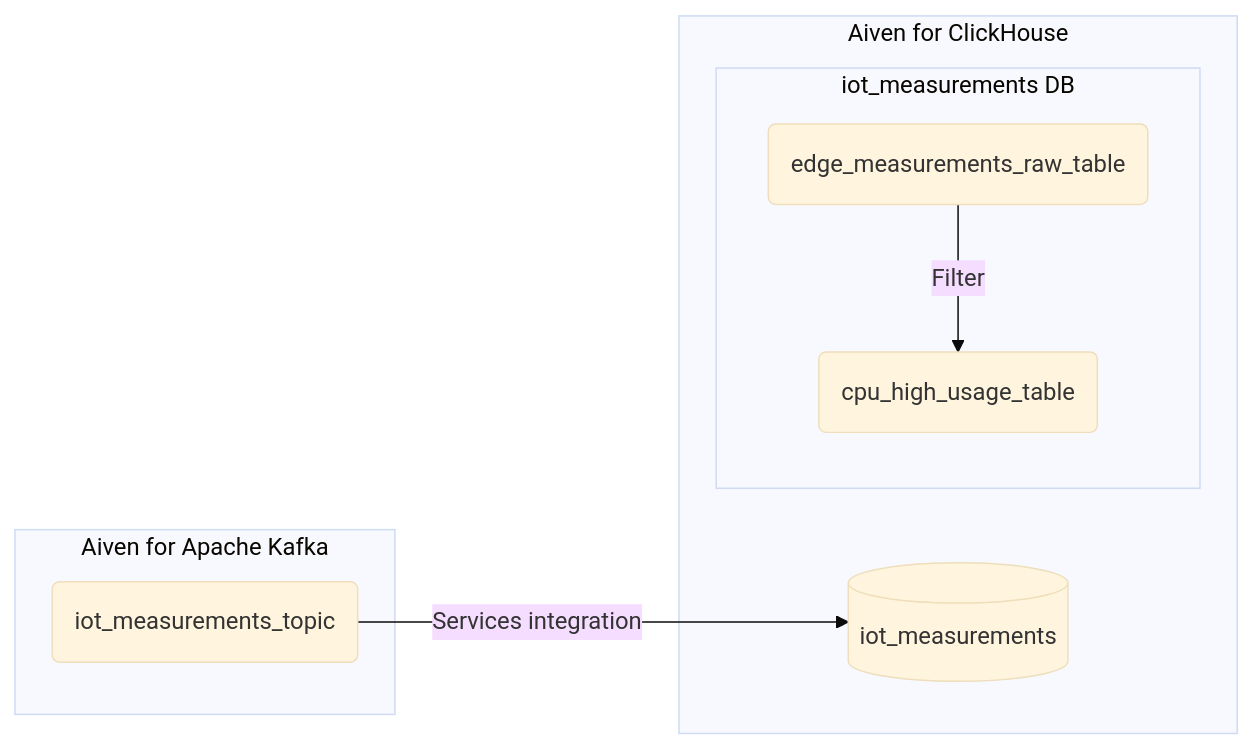
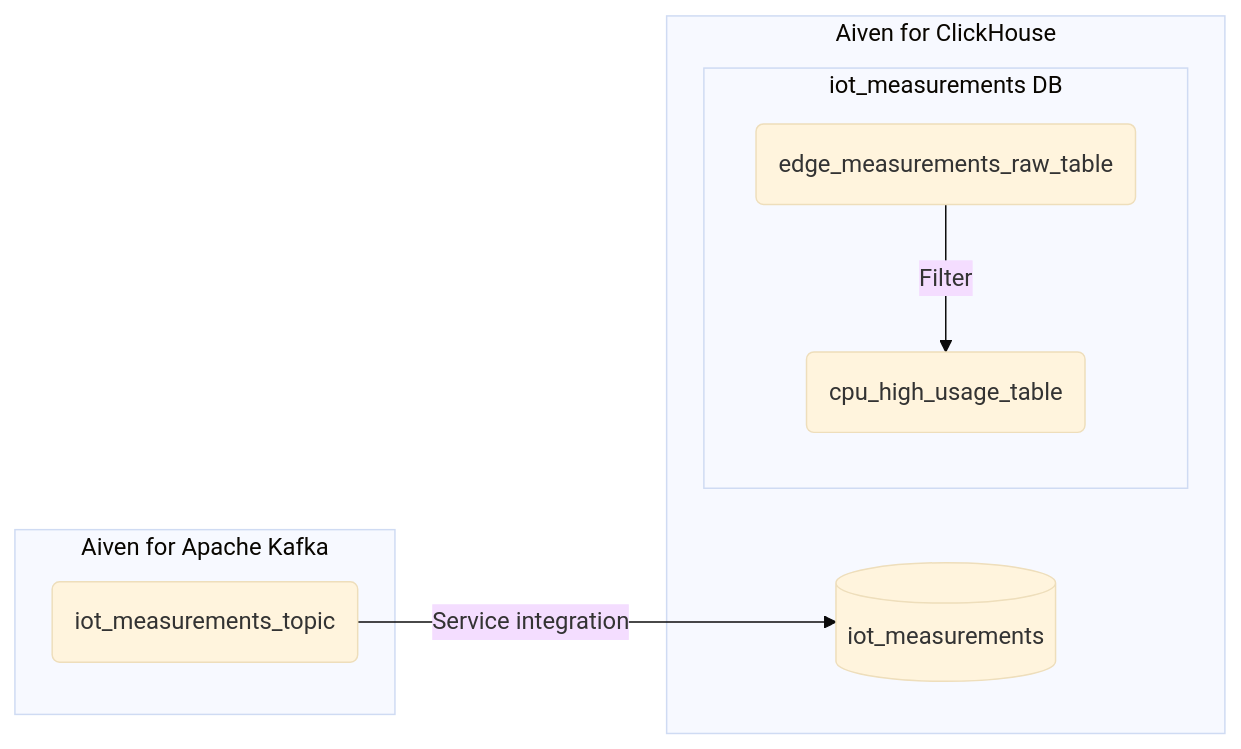
The diagram in docs/tools/terraform/reference/cookbook/kafka-clickhouse-integration-recipe.rst (aiven/devportal), drawn with Mermaid (base theme) before and after one commit.

Commit message:
Fixing a typo on service integration

```diff
--- a/docs/tools/terraform/reference/cookbook/kafka-clickhouse-integration-recipe.rst
+++ b/docs/tools/terraform/reference/cookbook/kafka-clickhouse-integration-recipe.rst
@@ -22,17 +22,17 @@
 .. mermaid::
 
   flowchart LR
   id1(iot_measurements_topic)
   id2[(iot_measurements)]
   id3(edge_measurements_raw_table)
   id4(cpu_high_usage_table)
   subgraph Aiven for Apache Kafka
   id1
   end
   subgraph Aiven for ClickHouse
     id2
     subgraph iot_measurements DB
       id3-->|Filter|id4
     end
   end
-  id1-->|Services integration|id2
+  id1-->|Service integration|id2
```
